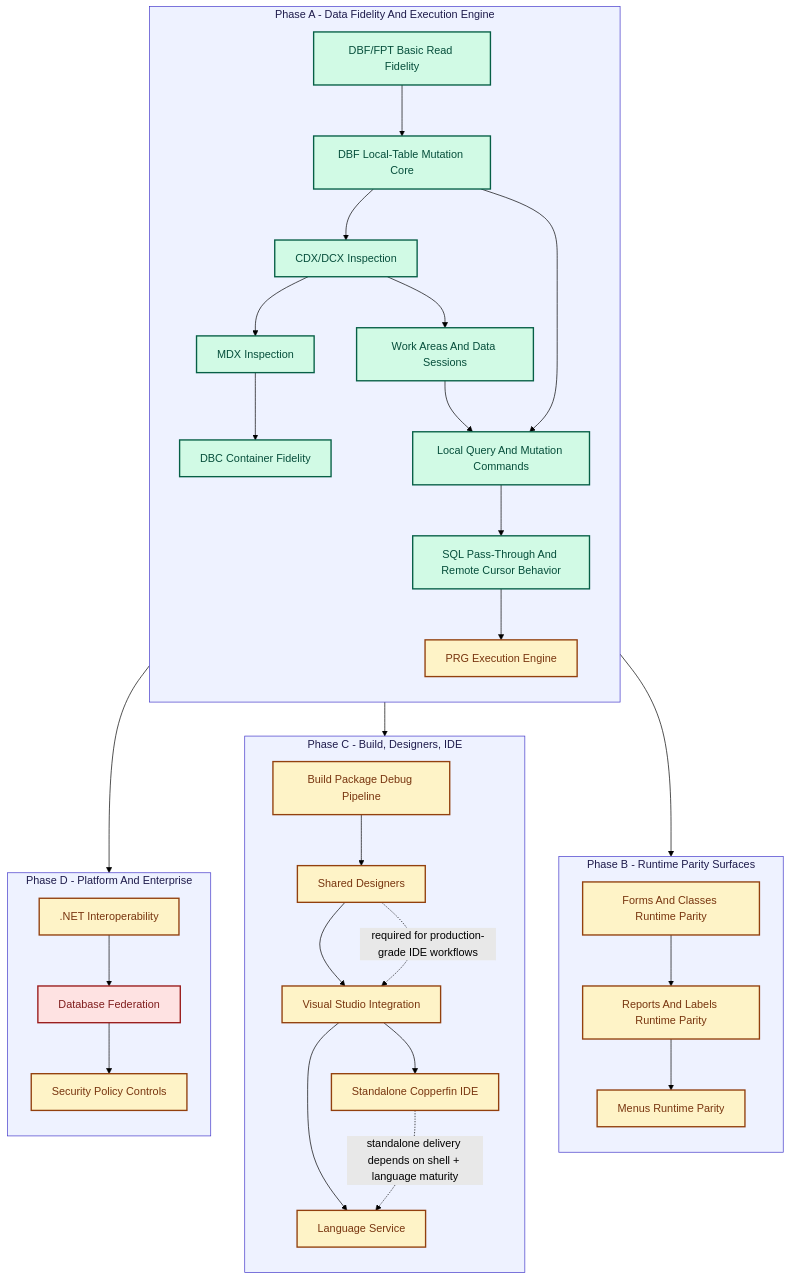
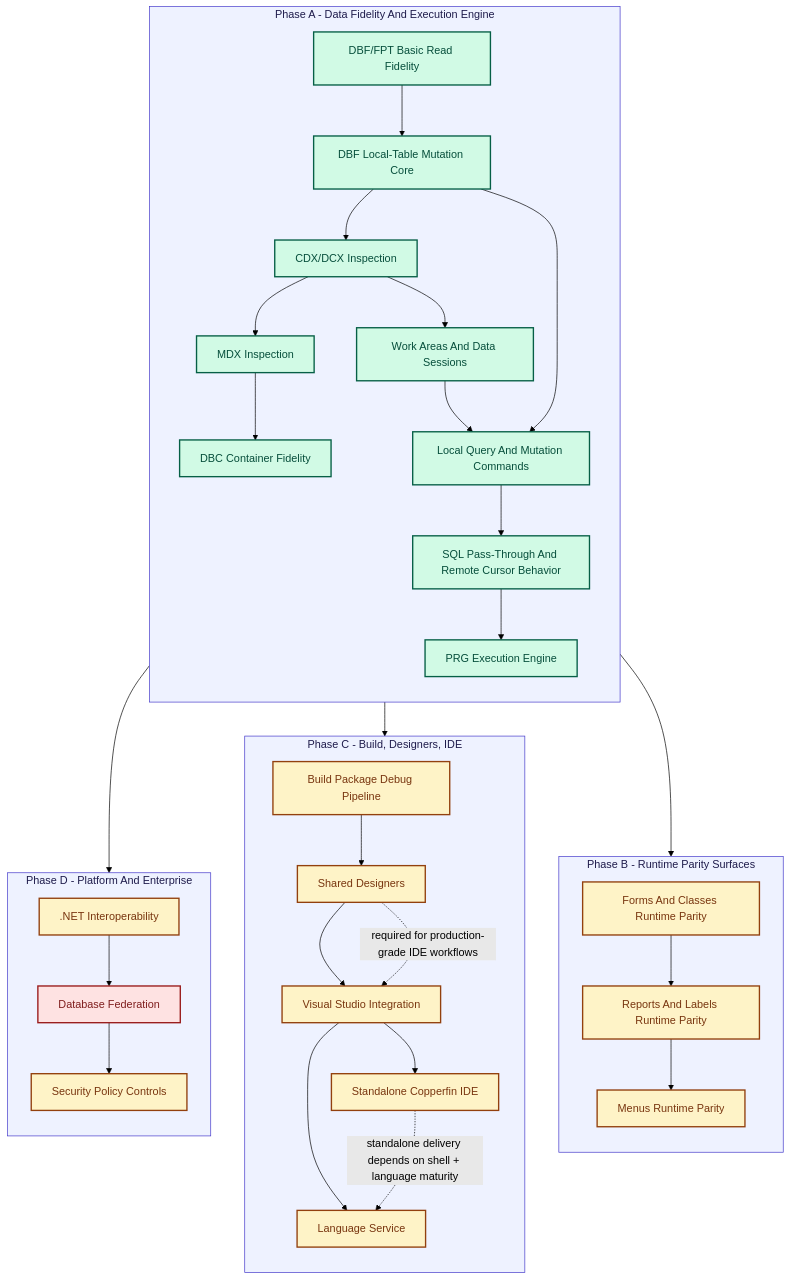
The diagram in remaining-work.md (rhamenator/Project-Copperfin), drawn with Mermaid (forest theme) before and after one commit. The commit also changed other lines of this file and 4 other files, not shown here.

Commit message:
Finish PRG engine control-flow parity core

````diff
--- a/remaining-work.md
+++ b/remaining-work.md
@@ -53,66 +53,66 @@
 ```mermaid
 flowchart TD
 	classDef done fill:#d1fae5,stroke:#065f46,stroke-width:2px,color:#064e3b;
 	classDef partial fill:#fef3c7,stroke:#92400e,stroke-width:2px,color:#78350f;
 	classDef missing fill:#fee2e2,stroke:#991b1b,stroke-width:2px,color:#7f1d1d;
 	classDef lane fill:#eef2ff,stroke:#4338ca,stroke-width:1px,color:#1e1b4b;
 
 	subgraph P1[Phase A - Data Fidelity And Execution Engine]
 		direction TB
 		A1[DBF/FPT Basic Read Fidelity]
 		A2[DBF Local-Table Mutation Core]
 		A3[CDX/DCX Inspection]
 		A4[MDX Inspection]
 		A5[DBC Container Fidelity]
 		B1[Work Areas And Data Sessions]
 		B2[Local Query And Mutation Commands]
 		B3[SQL Pass-Through And Remote Cursor Behavior]
 		B4[PRG Execution Engine]
 	end
 
 	subgraph P2[Phase B - Runtime Parity Surfaces]
 		direction TB
 		C1[Forms And Classes Runtime Parity]
 		C2[Reports And Labels Runtime Parity]
 		C3[Menus Runtime Parity]
 	end
 
 	subgraph P3[Phase C - Build, Designers, IDE]
 		direction TB
 		D1[Build Package Debug Pipeline]
 		D2[Shared Designers]
 		D3[Visual Studio Integration]
 		D4[Standalone Copperfin IDE]
 		D5[Language Service]
 	end
 
 	subgraph P4[Phase D - Platform And Enterprise]
 		direction TB
 		E1[.NET Interoperability]
 		E2[Database Federation]
 		E3[Security Policy Controls]
 	end
 
 	A1 --> A2 --> A3 --> A4 --> A5
 	A2 --> B2
 	A3 --> B1
 	B1 --> B2 --> B3 --> B4
 
 	B4 --> C1 --> C2 --> C3
 	B4 --> D1 --> D2 --> D3 --> D4
 	D3 --> D5
 	B4 --> E1 --> E2 --> E3
 
 	D2 -. required for production-grade IDE workflows .-> D3
 	D4 -. standalone delivery depends on shell + language maturity .-> D5
 
 	class A1,A2,A3,A4,A5 done;
 
-	class B1,B2,B3 done;
+	class B1,B2,B3,B4 done;
 
-	class B4,C1,C2,C3,D1,D2,D3,D4,D5,E1,E3 partial;
+	class C1,C2,C3,D1,D2,D3,D4,D5,E1,E3 partial;
 
 	class E2 missing;
 
 	class P1,P2,P3,P4 lane;
 ```
````
